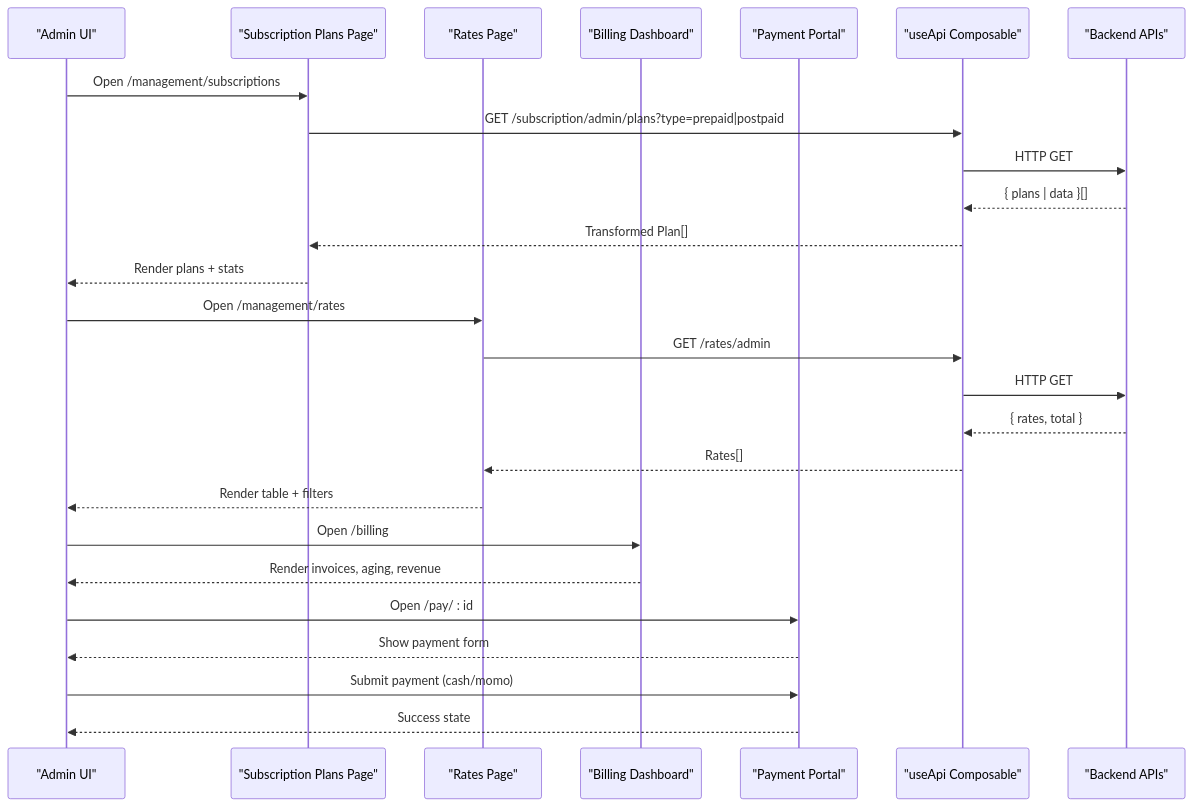
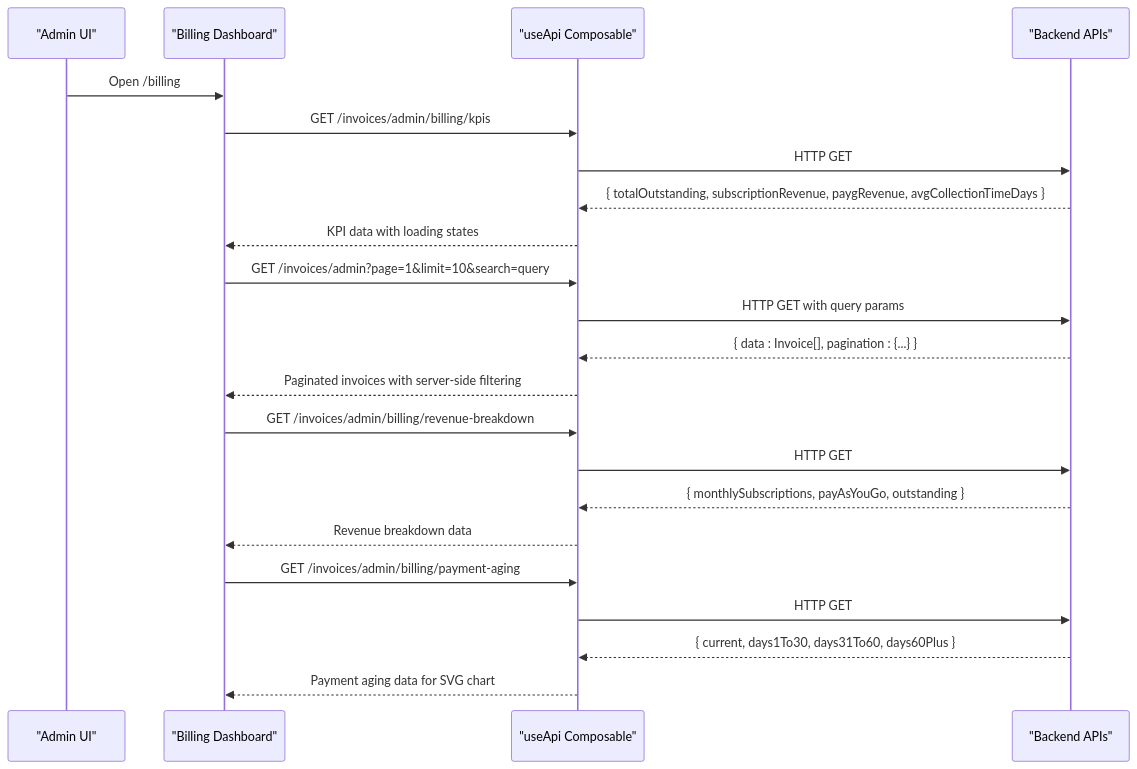
The second of 4 diagrams in .qoder/repowiki/en/content/Business Modules/Billing & Subscriptions.md (Lazynerd-Studios/lacarte-atlas-console), drawn with Mermaid before and after one commit. The commit also changed other lines of this file and 13 other files, not shown here.

````diff
--- a/.qoder/repowiki/en/content/Business Modules/Billing & Subscriptions.md
+++ b/.qoder/repowiki/en/content/Business Modules/Billing & Subscriptions.md
@@ -113,28 +125,24 @@
 ```mermaid
 sequenceDiagram
 participant Admin as "Admin UI"
-participant SubPage as "Subscription Plans Page"
-participant RatesPage as "Rates Page"
 participant BillingPage as "Billing Dashboard"
-participant PayPage as "Payment Portal"
 participant API as "useApi Composable"
 participant Backend as "Backend APIs"
-Admin->>SubPage : Open /management/subscriptions
-SubPage->>API : GET /subscription/admin/plans?type=prepaid|postpaid
+Admin->>BillingPage : Open /billing
+BillingPage->>API : GET /invoices/admin/billing/kpis
 API->>Backend : HTTP GET
-Backend-->>API : { plans | data }[]
-API-->>SubPage : Transformed Plan[]
-SubPage-->>Admin : Render plans + stats
-Admin->>RatesPage : Open /management/rates
-RatesPage->>API : GET /rates/admin
+Backend-->>API : { totalOutstanding, subscriptionRevenue, paygRevenue, avgCollectionTimeDays }
+API-->>BillingPage : KPI data with loading states
+BillingPage->>API : GET /invoices/admin?page=1&limit=10&search=query
+API->>Backend : HTTP GET with query params
+Backend-->>API : { data : Invoice[], pagination : {...} }
+API-->>BillingPage : Paginated invoices with server-side filtering
+BillingPage->>API : GET /invoices/admin/billing/revenue-breakdown
 API->>Backend : HTTP GET
-Backend-->>API : { rates, total }
-API-->>RatesPage : Rates[]
-RatesPage-->>Admin : Render table + filters
-Admin->>BillingPage : Open /billing
-BillingPage-->>Admin : Render invoices, aging, revenue
-Admin->>PayPage : Open /pay/ : id
-PayPage-->>Admin : Show payment form
-Admin->>PayPage : Submit payment (cash/momo)
-PayPage-->>Admin : Success state
+Backend-->>API : { monthlySubscriptions, payAsYouGo, outstanding }
+API-->>BillingPage : Revenue breakdown data
+BillingPage->>API : GET /invoices/admin/billing/payment-aging
+API->>Backend : HTTP GET
+Backend-->>API : { current, days1To30, days31To60, days60Plus }
+API-->>BillingPage : Payment aging data for SVG chart
 ```
````
